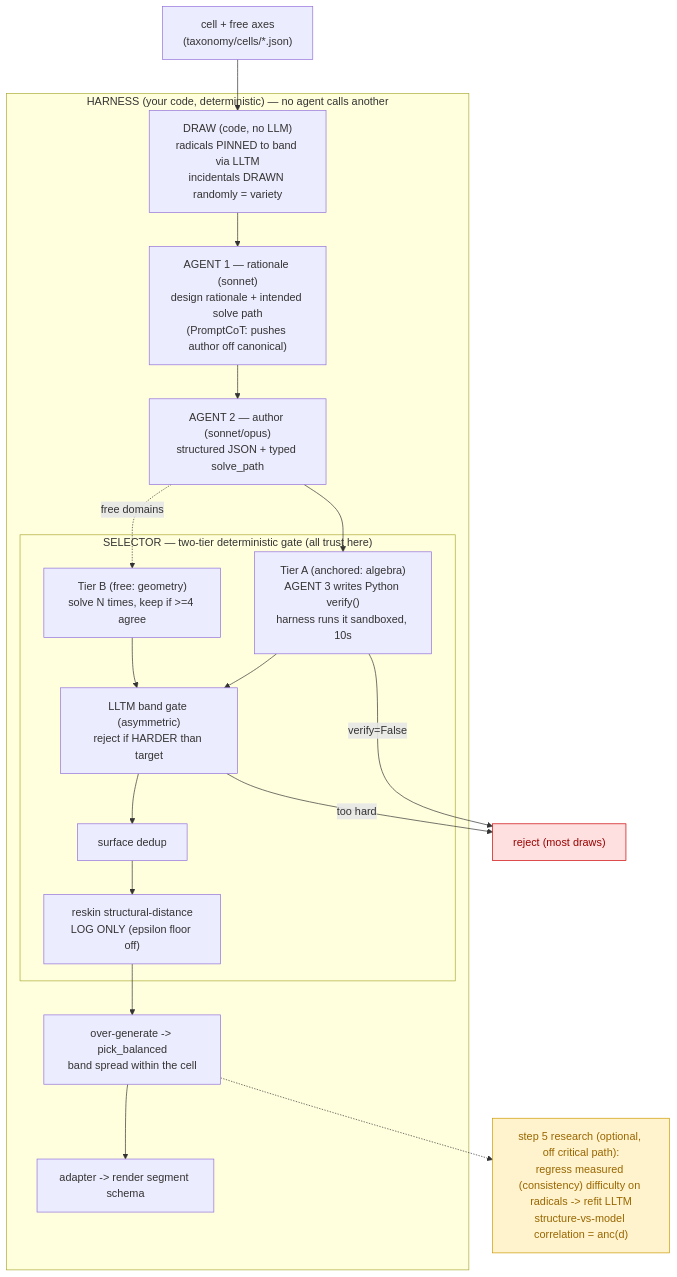
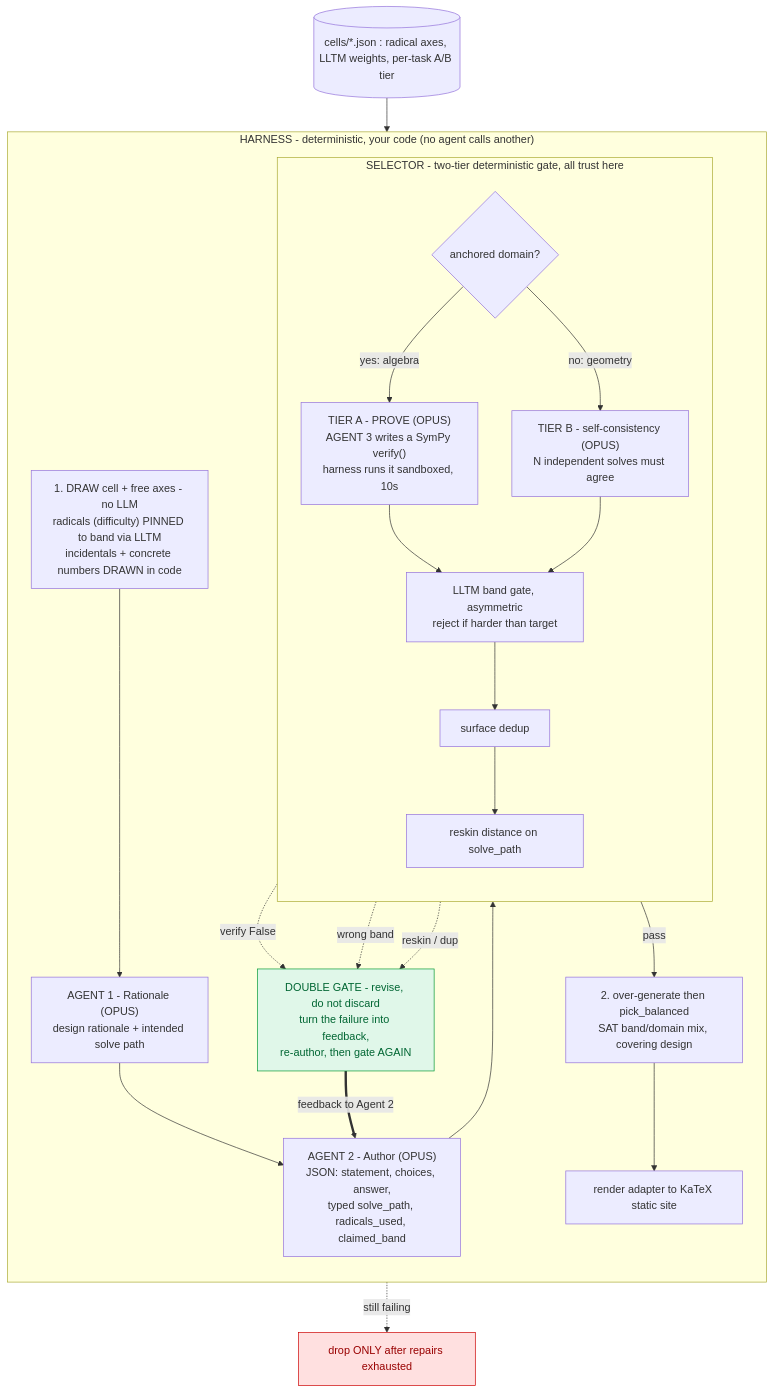
The fifth of 5 diagrams in ARCHITECTURE.md (Vandamnson/SAT-Insight-Gen), drawn with Mermaid before and after one commit. The commit also changed other lines of this file and 8 other files, not shown here.

First line of the commit message:
Opus agents + double-gate (revise-on-reject)

````diff
--- a/ARCHITECTURE.md
+++ b/ARCHITECTURE.md
@@ -100,29 +100,39 @@
 ```mermaid
 flowchart TD
-  subgraph harness["HARNESS (your code, deterministic) — no agent calls another"]
-    DRAW["DRAW (code, no LLM)<br/>radicals PINNED to band via LLTM<br/>incidentals DRAWN randomly = variety"]
-    A1["AGENT 1 — rationale (sonnet)<br/>design rationale + intended solve path<br/>(PromptCoT: pushes author off canonical)"]
-    A2["AGENT 2 — author (sonnet/opus)<br/>structured JSON + typed solve_path"]
-    subgraph sel["SELECTOR — two-tier deterministic gate (all trust here)"]
-      TA["Tier A (anchored: algebra)<br/>AGENT 3 writes Python verify()<br/>harness runs it sandboxed, 10s"]
-      TB["Tier B (free: geometry)<br/>solve N times, keep if >=4 agree"]
-      BG["LLTM band gate (asymmetric)<br/>reject if HARDER than target"]
-      DD["surface dedup"]
-      RS["reskin structural-distance<br/>LOG ONLY (epsilon floor off)"]
+  CELL[("cells/*.json : radical axes, LLTM weights, per-task A/B tier")]
+  subgraph harness["HARNESS - deterministic, your code (no agent calls another)"]
+    direction TB
+    DRAW["1. DRAW cell + free axes - no LLM<br/>radicals (difficulty) PINNED to band via LLTM<br/>incidentals + concrete numbers DRAWN in code"]
+    A1["AGENT 1 - Rationale (OPUS)<br/>design rationale + intended solve path"]
+    A2["AGENT 2 - Author (OPUS)<br/>JSON: statement, choices, answer,<br/>typed solve_path, radicals_used, claimed_band"]
+    subgraph SEL["SELECTOR - two-tier deterministic gate, all trust here"]
+      direction TB
+      TIER{"anchored domain?"}
+      TA["TIER A - PROVE (OPUS)<br/>AGENT 3 writes a SymPy verify()<br/>harness runs it sandboxed, 10s"]
+      TB["TIER B - self-consistency (OPUS)<br/>N independent solves must agree"]
+      BAND["LLTM band gate, asymmetric<br/>reject if harder than target"]
+      DEDUP["surface dedup"]
+      RESKIN["reskin distance on solve_path"]
     end
-    PB["over-generate -> pick_balanced<br/>band spread within the cell"]
-    RA["adapter -> render segment schema"]
+    REVISE["DOUBLE GATE - revise, do not discard<br/>turn the failure into feedback,<br/>re-author, then gate AGAIN"]
+    PB["2. over-generate then pick_balanced<br/>SAT band/domain mix, covering design"]
+    RA["render adapter to KaTeX static site"]
   end
-  CELL["cell + free axes<br/>(taxonomy/cells/*.json)"] --> DRAW
-  DRAW --> A1 --> A2 --> TA
-  A2 -. free domains .-> TB
-  TA --> BG
-  TB --> BG
-  BG --> DD --> RS --> PB --> RA
-  TA -->|verify=False| REJ["reject (most draws)"]:::r
-  BG -->|too hard| REJ
-  KAPPA["step 5 research (optional, off critical path):<br/>regress measured (consistency) difficulty on radicals -> refit LLTM<br/>structure-vs-model correlation = anc(d)"]:::e
-  PB -.-> KAPPA
+  DROP["drop ONLY after repairs exhausted"]
+  CELL --> DRAW --> A1 --> A2 --> TIER
+  TIER -->|"yes: algebra"| TA
+  TIER -->|"no: geometry"| TB
+  TA --> BAND
+  TB --> BAND
+  BAND --> DEDUP --> RESKIN
+  RESKIN -->|"pass"| PB --> RA
+  TA -.->|"verify False"| REVISE
+  BAND -.->|"wrong band"| REVISE
+  RESKIN -.->|"reskin / dup"| REVISE
+  REVISE ==>|"feedback to Agent 2"| A2
+  REVISE -.->|"still failing"| DROP
   classDef r fill:#ffe0e0,stroke:#c00,color:#900
-  classDef e fill:#fff3cd,stroke:#c90,color:#960
+  classDef g fill:#e0f7e9,stroke:#093,color:#063
+  class DROP r
+  class REVISE g
 ```
````
